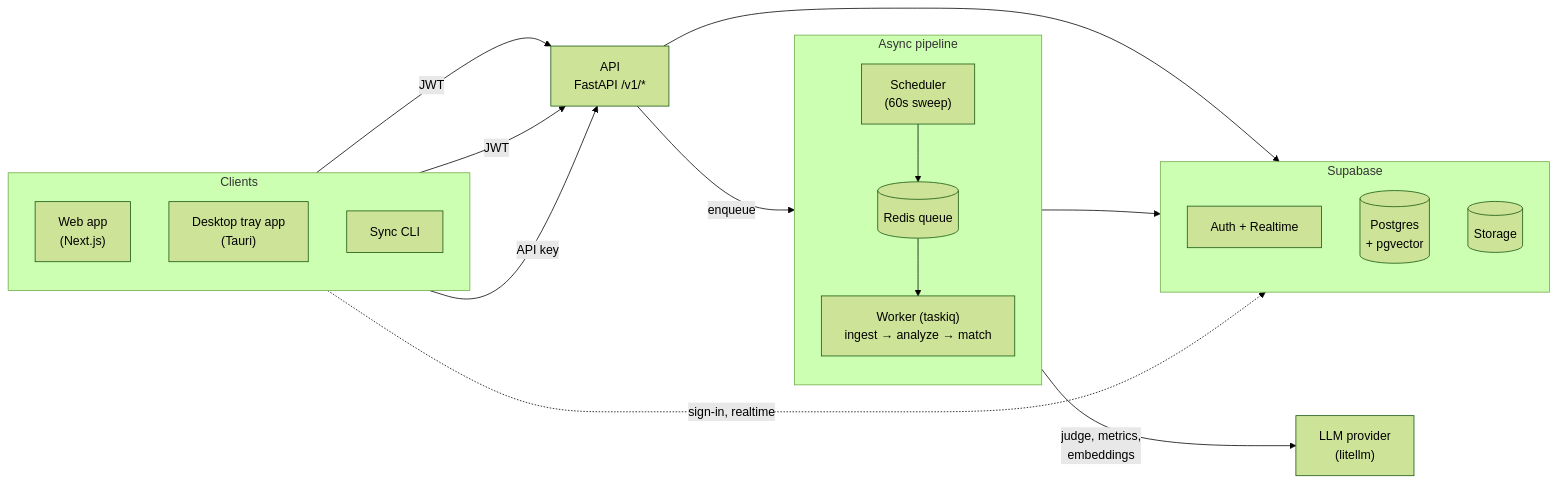
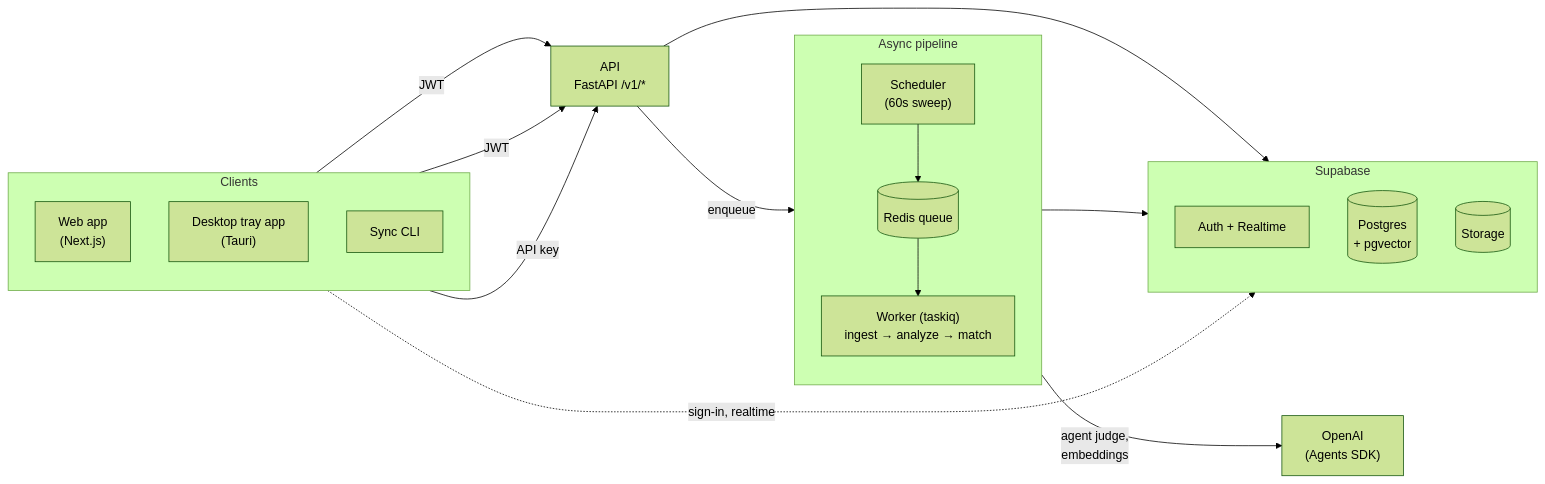
The first of 2 diagrams in ARCHITECTURE.md (joel-ritossa/trace-marketplace), drawn with Mermaid (forest theme) before and after one commit. The commit also changed other lines of this file and 33 other files, not shown here.

First line of the commit message:
Document the agent judge

````diff
--- a/ARCHITECTURE.md
+++ b/ARCHITECTURE.md
@@ -7,39 +7,39 @@
 ```mermaid
 flowchart LR
   subgraph clients["Clients"]
     direction TB
     web["Web app<br/>(Next.js)"]
     desktop["Desktop tray app<br/>(Tauri)"]
     cli["Sync CLI"]
   end
 
   api["API<br/>FastAPI /v1/*"]
 
   subgraph pipeline["Async pipeline"]
     direction TB
     sched["Scheduler<br/>(60s sweep)"]
     redis[("Redis queue")]
     worker["Worker (taskiq)<br/>ingest → analyze → match"]
     sched --> redis --> worker
   end
 
-  llm["LLM provider<br/>(litellm)"]
+  llm["OpenAI<br/>(Agents SDK)"]
 
   subgraph supabase["Supabase"]
     direction TB
     auth["Auth + Realtime"]
     pg[("Postgres<br/>+ pgvector")]
     store[("Storage")]
   end
 
   web -->|JWT| api
   desktop -->|JWT| api
   cli -->|API key| api
 
   api -->|enqueue| redis
-  worker -->|judge, metrics,<br/>embeddings| llm
+  worker -->|agent judge,<br/>embeddings| llm
 
   api --> supabase
   worker --> supabase
   web -.->|sign-in, realtime| auth
 ```
````
